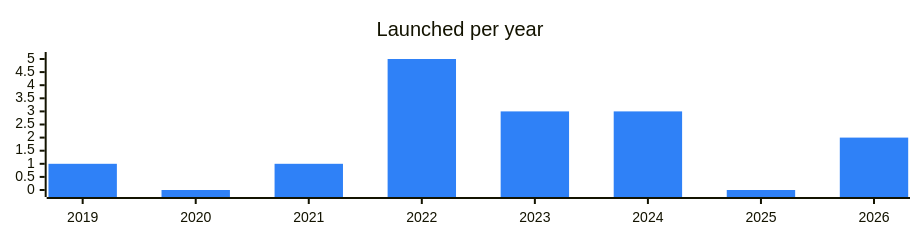
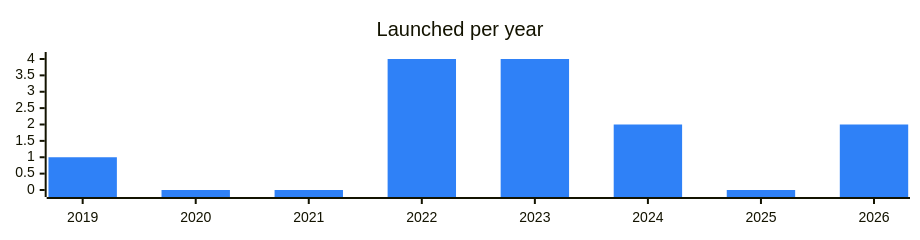
One commit to vitalikgpt/gram-ecosystem changed the diagram in categories/explorers.md. Above: the diagram before and after it, drawn with Mermaid. The commit also changed other lines of this file and 69 other files, not shown here.

````diff
--- a/categories/explorers.md
+++ b/categories/explorers.md
@@ -7,7 +7,7 @@
 ```mermaid
 %%{init: {"xyChart": {"width": 900, "height": 220}, "themeVariables": {"xyChart": {"plotColorPalette": "#2f81f7"}}}}%%
 xychart-beta
   title "Launched per year"
   x-axis ["2019", "2020", "2021", "2022", "2023", "2024", "2025", "2026"]
-  bar [1, 0, 1, 5, 3, 3, 0, 2]
+  bar [1, 0, 0, 4, 4, 2, 0, 2]
 ```
````
